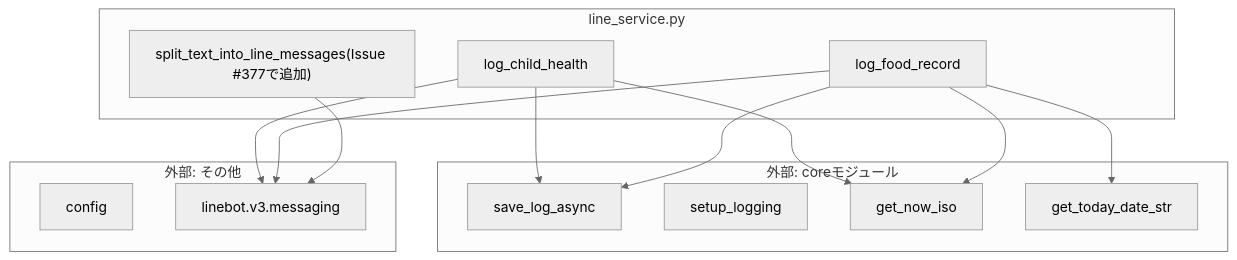
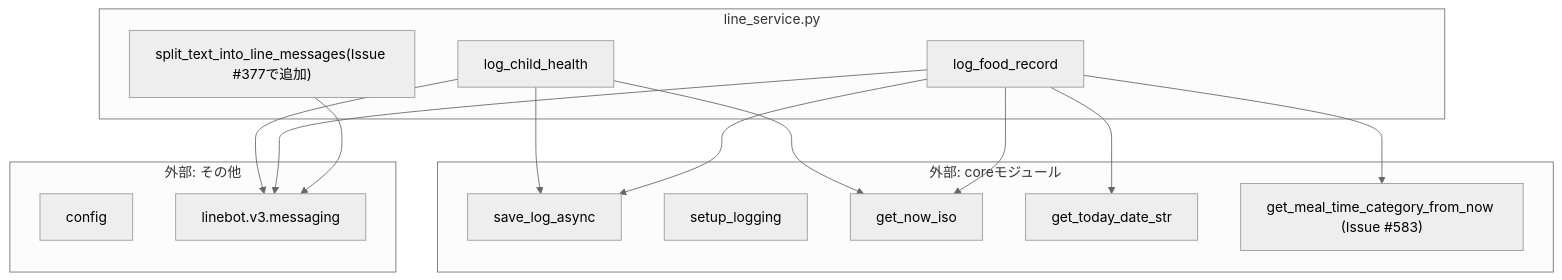
The diagram in docs/specifications/MY_HOME_SYSTEM/line_service.md (mmtigers/my_python_project), drawn with Mermaid (neutral theme) before and after one commit. The commit also changed other lines of this file and 7 other files, not shown here.

First line of the commit message:
fix(line_service): meal_time_category固定値とLINE文字数カウント方式を修正

````diff
--- a/docs/specifications/MY_HOME_SYSTEM/line_service.md
+++ b/docs/specifications/MY_HOME_SYSTEM/line_service.md
@@ -146,39 +151,41 @@
 ```mermaid
 graph TD
     subgraph "line_service.py"
         log_child_health
         log_food_record
         split_text_into_line_messages["split_text_into_line_messages(Issue #377で追加)"]
     end
 
     subgraph "外部: coreモジュール"
         save_log_async
         setup_logging
         get_now_iso
         get_today_date_str
+        get_meal_time_category_from_now["get_meal_time_category_from_now (Issue #583)"]
     end
 
     subgraph "外部: その他"
         config
         linebot_v3_messaging[linebot.v3.messaging]
     end
 
     log_child_health --> save_log_async
     log_child_health --> get_now_iso
     log_child_health --> linebot_v3_messaging
 
     log_food_record --> save_log_async
     log_food_record --> get_today_date_str
     log_food_record --> get_now_iso
+    log_food_record --> get_meal_time_category_from_now
     log_food_record --> linebot_v3_messaging
 
     %% Issue #410: log_daily_action / log_ohayo / get_daily_health_summary_text は
     %% 未使用関数として削除済み(それに伴い common への依存も解消)
 
     %% Issue #358: get_user_status_message / get_active_quests_message /
     %% process_approval_command は未使用となったため削除済み
     %% (それに伴い services.quest_service への依存も解消)
 
     split_text_into_line_messages --> linebot_v3_messaging
 
 ```
````
